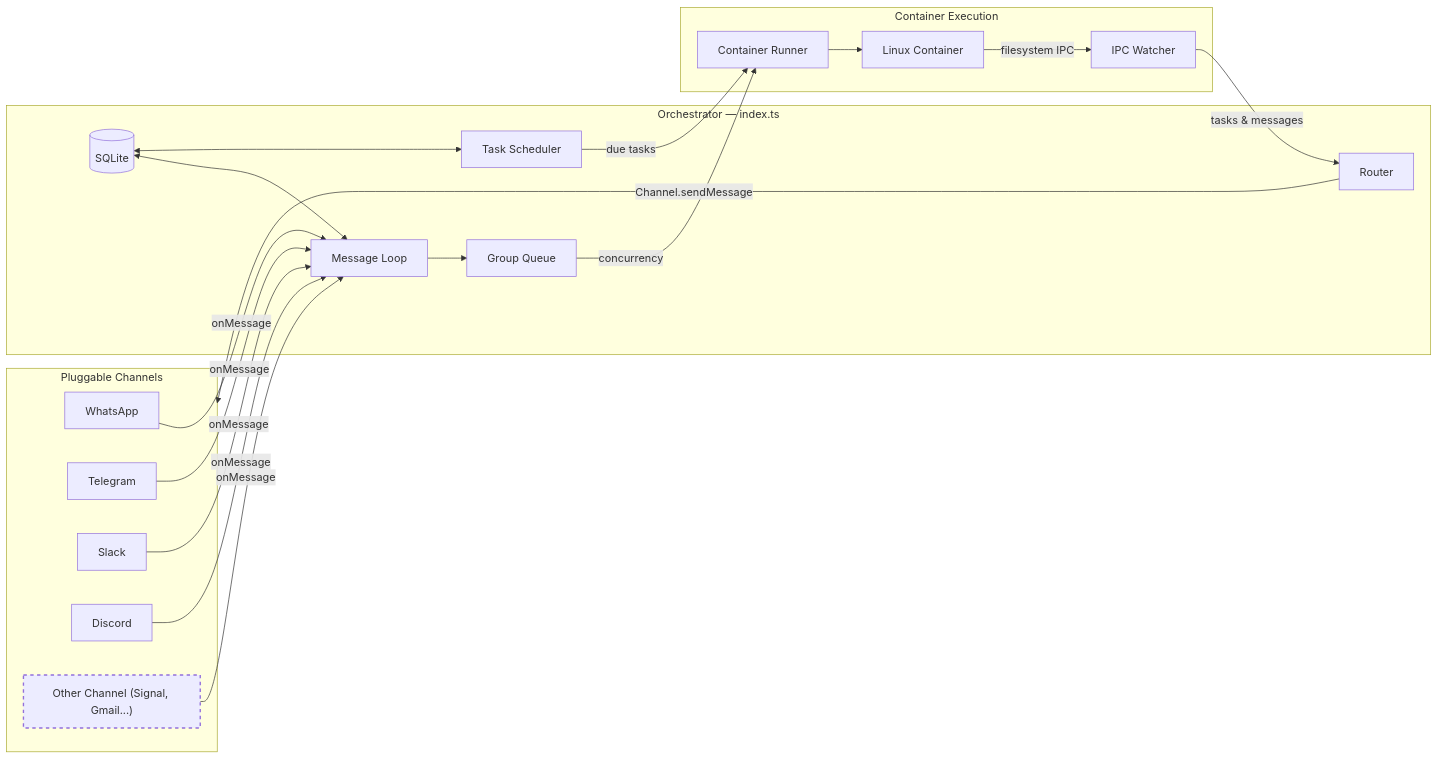
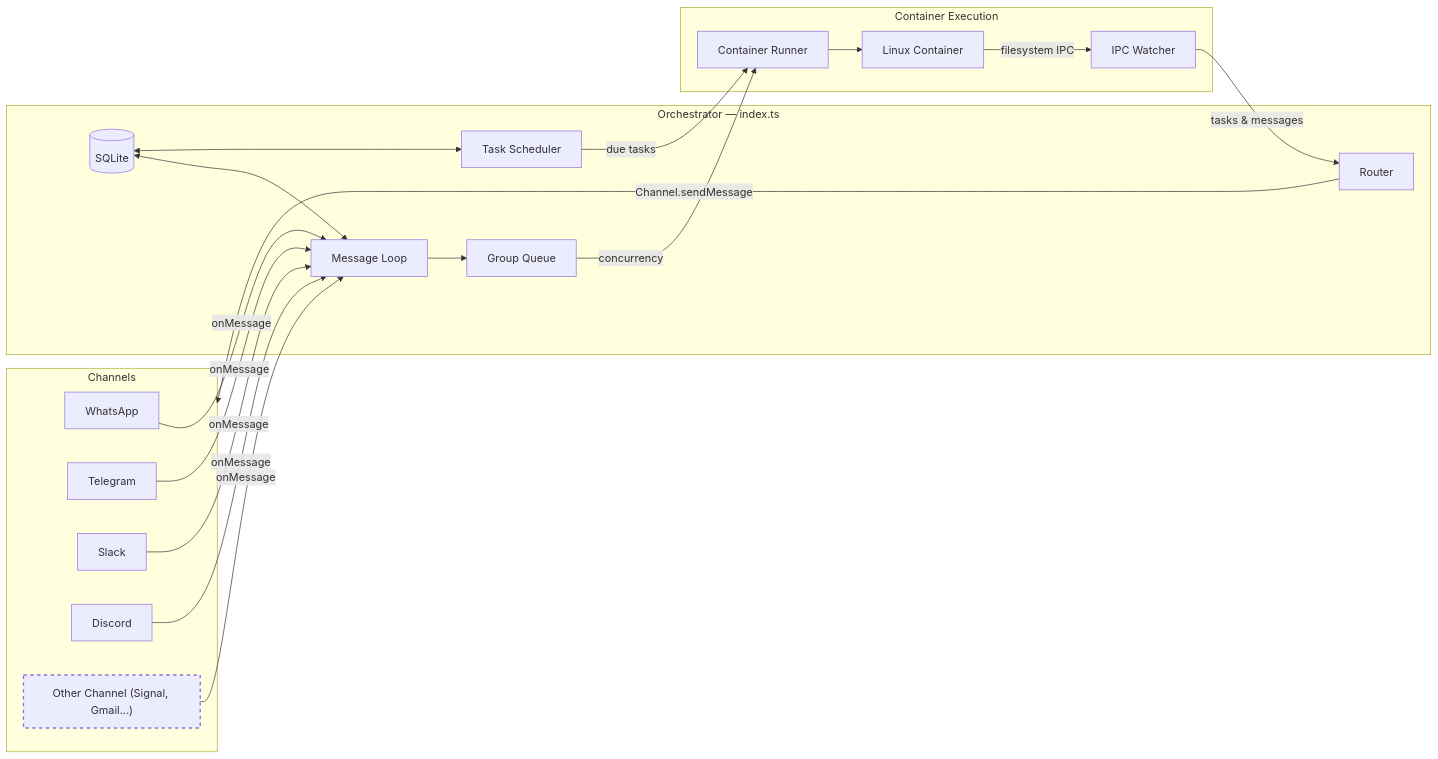
The diagram in docs/SPEC.md (qwibitai/nanoclaw), drawn with Mermaid before and after one commit. The commit also changed other lines of this file and 3 other files, not shown here.

````diff
--- a/docs/SPEC.md
+++ b/docs/SPEC.md
@@ -93,41 +93,41 @@
 ```mermaid
 graph LR
-    subgraph Channels["Pluggable Channels"]
+    subgraph Channels["Channels"]
         WA[WhatsApp]
         TG[Telegram]
         SL[Slack]
         DC[Discord]
         New["Other Channel (Signal, Gmail...)"]
     end
 
     subgraph Orchestrator["Orchestrator — index.ts"]
         ML[Message Loop]
         GQ[Group Queue]
         RT[Router]
         TS[Task Scheduler]
         DB[(SQLite)]
     end
 
     subgraph Execution["Container Execution"]
         CR[Container Runner]
         LC["Linux Container"]
         IPC[IPC Watcher]
     end
 
     %% Flow
     WA & TG & SL & DC & New -->|onMessage| ML
     ML --> GQ
     GQ -->|concurrency| CR
     CR --> LC
     LC -->|filesystem IPC| IPC
     IPC -->|tasks & messages| RT
     RT -->|Channel.sendMessage| Channels
     TS -->|due tasks| CR
 
     %% DB Connections
     DB <--> ML
     DB <--> TS
 
     %% Styling for the dynamic channel
     style New stroke-dasharray: 5 5,stroke-width:2px
 ```
````
